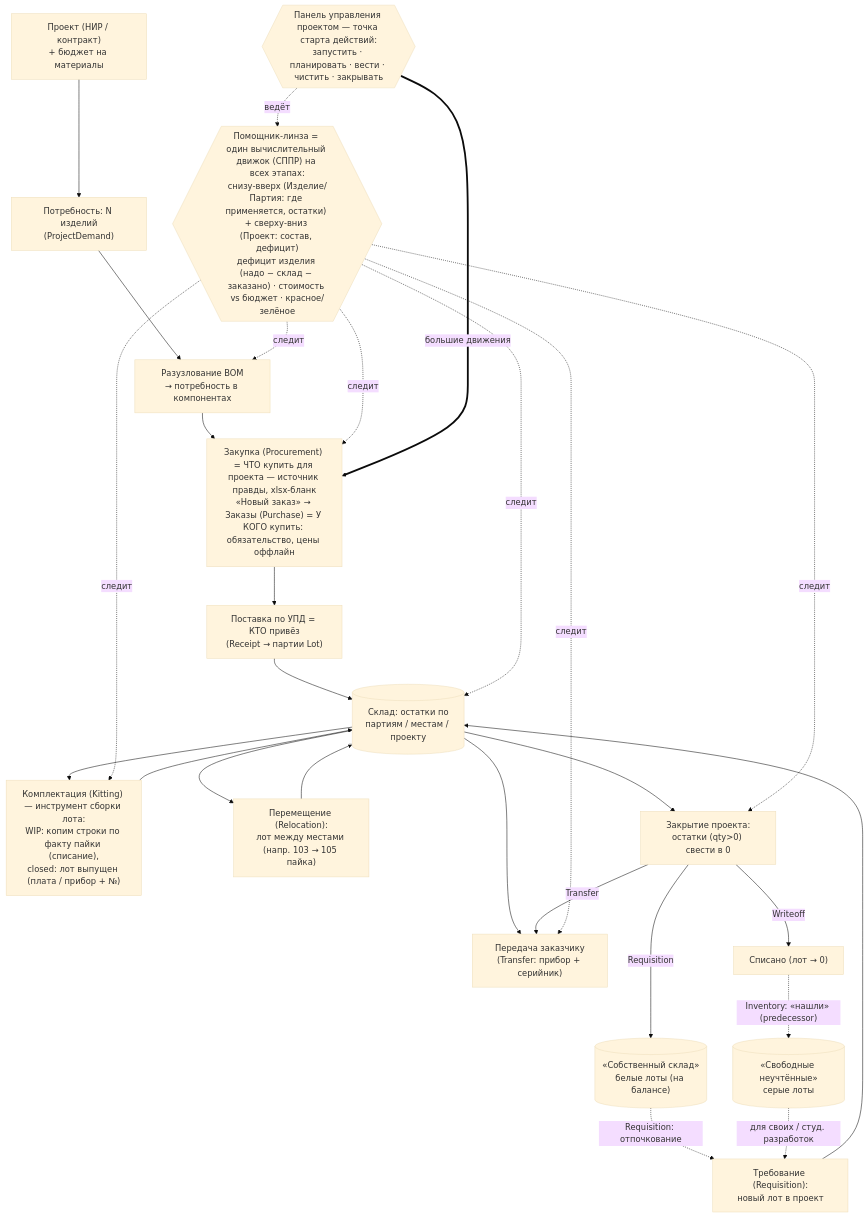
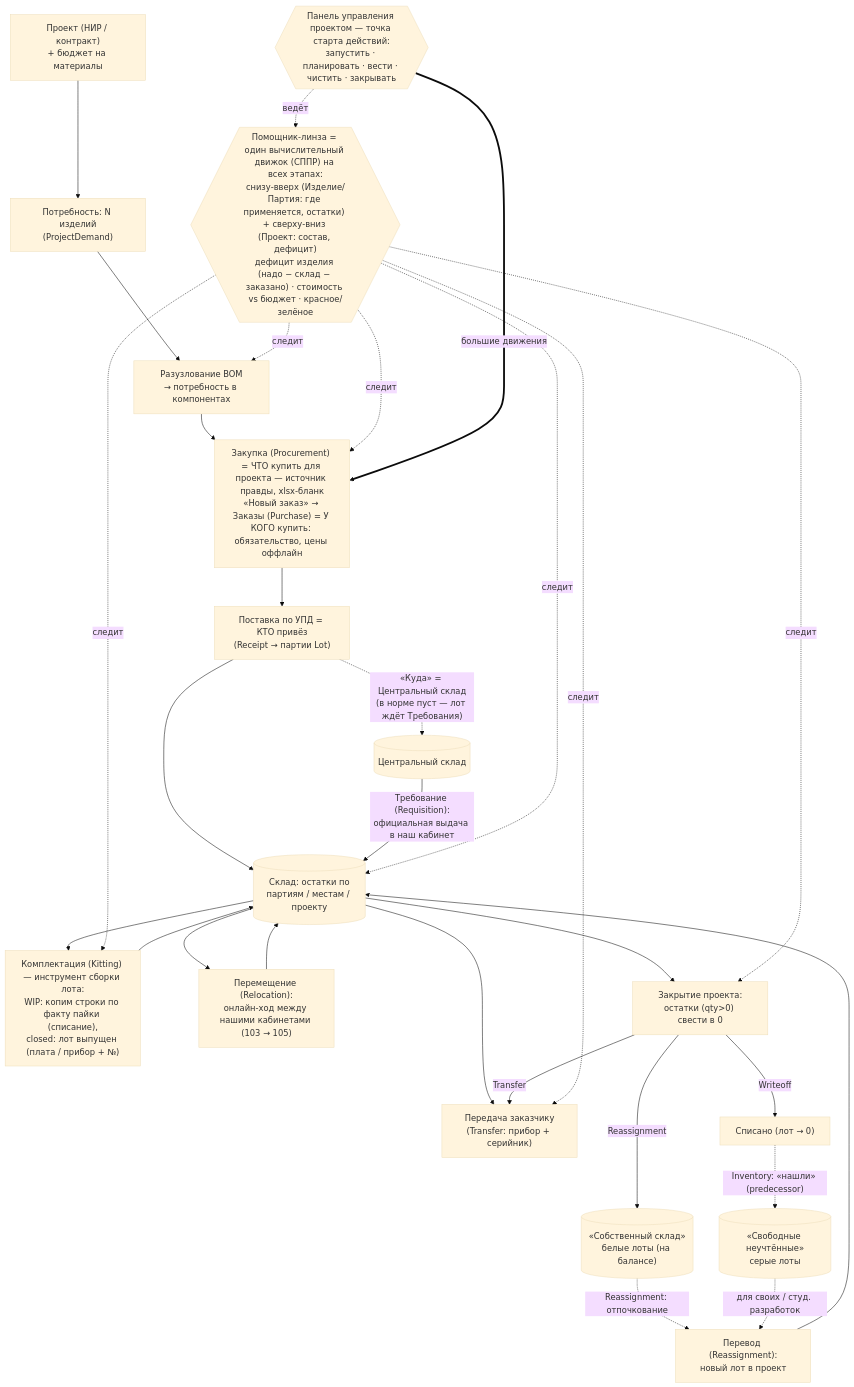
The first of 2 diagrams in README.md (ivanpotylitcyn/plume), drawn with Mermaid (base theme) before and after one commit. The commit also changed other lines of this file and 37 other files, not shown here.

````diff
--- a/README.md
+++ b/README.md
@@ -142,36 +145,38 @@
 ```mermaid
 flowchart TD
   P["Проект (НИР / контракт)<br/>+ бюджет на материалы"] --> D["Потребность: N изделий<br/>(ProjectDemand)"]
   D --> B["Разузлование BOM<br/>→ потребность в компонентах"]
   B --> ORD["Закупка (Procurement) = ЧТО купить для проекта — источник правды, xlsx-бланк<br/>«Новый заказ» → Заказы (Purchase) = У КОГО купить: обязательство, цены оффлайн"]
   ORD --> UPD["Поставка по УПД = КТО привёз<br/>(Receipt → партии Lot)"]
   UPD --> W
 
+  UPD -.->|"«Куда» = Центральный склад<br/>(в норме пуст — лот ждёт Требования)"| CS[("Центральный склад")]
+  CS -->|"Требование (Requisition):<br/>официальная выдача в наш кабинет"| W
   W[("Склад: остатки по<br/>партиям / местам / проекту")]
   W --> KIT["Комплектация (Kitting) — инструмент сборки лота:<br/>WIP: копим строки по факту пайки (списание),<br/>closed: лот выпущен (плата / прибор + №)"]
   KIT --> W
-  W --> REL["Перемещение (Relocation):<br/>лот между местами (напр. 103 → 105 пайка)"]
+  W --> REL["Перемещение (Relocation):<br/>онлайн-ход между нашими кабинетами (103 → 105)"]
   REL --> W
   W --> T["Передача заказчику<br/>(Transfer: прибор + серийник)"]
 
   W --> CLOSE["Закрытие проекта:<br/>остатки (qty>0) свести в 0"]
   CLOSE -->|Transfer| T
   CLOSE -->|Writeoff| WOFF["Списано (лот → 0)"]
-  CLOSE -->|Requisition| WHITE[("«Собственный склад»<br/>белые лоты (на балансе)")]
+  CLOSE -->|Reassignment| WHITE[("«Собственный склад»<br/>белые лоты (на балансе)")]
   WOFF -.->|"Inventory: «нашли» (predecessor)"| GRAY[("«Свободные неучтённые»<br/>серые лоты")]
 
-  WHITE -.->|"Requisition: отпочкование"| REQ["Требование (Requisition):<br/>новый лот в проект"]
+  WHITE -.->|"Reassignment: отпочкование"| REQ["Перевод (Reassignment):<br/>новый лот в проект"]
   GRAY -.->|"для своих / студ. разработок"| REQ
   REQ --> W
 
   LENS{{"Помощник-линза = один вычислительный движок (СППР) на всех этапах:<br/>снизу-вверх (Изделие/Партия: где применяется, остатки) + сверху-вниз (Проект: состав, дефицит)<br/>дефицит изделия (надо − склад − заказано) · стоимость vs бюджет · красное/зелёное"}}
   DASH{{"Панель управления проектом — точка старта действий:<br/>запустить · планировать · вести · чистить · закрывать"}}
   LENS -. следит .-> B
   LENS -. следит .-> ORD
   LENS -. следит .-> W
   LENS -. следит .-> KIT
   LENS -. следит .-> T
   LENS -. следит .-> CLOSE
   DASH -. ведёт .-> LENS
   DASH ==>|"большие движения"| ORD
 ```
````
